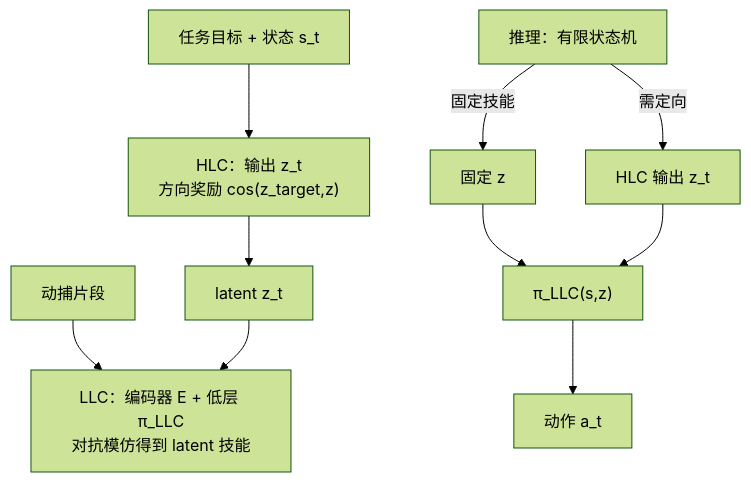
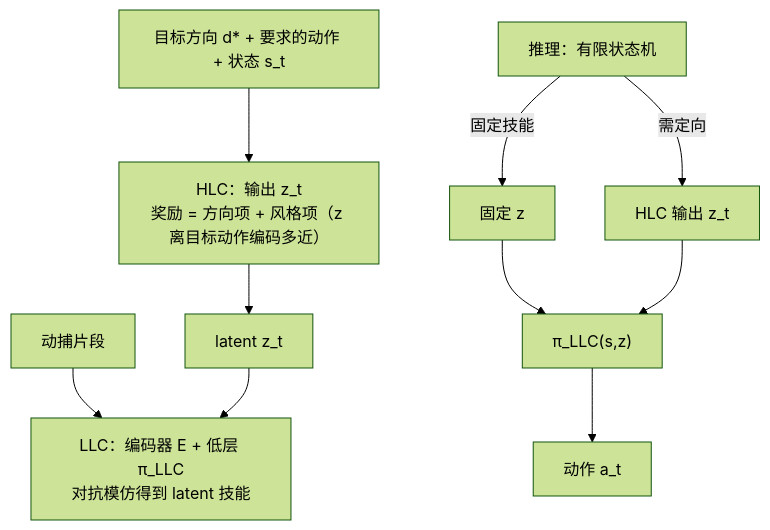
Before and after one commit to ImChong/Robot_Learning_Paper_Notebooks: the second of 8 diagrams in papers/01_Foundational_RL/CALM_Conditional_Adversarial_Latent_Models_for_Directable_Virtual_Characters/CALM_Conditional_Adversarial_Latent_Models_for_Directable_Virtual_Characters.md, drawn with Mermaid (forest theme). The commit also changed other lines of this file and 3 other files, not shown here.

```diff
--- a/papers/01_Foundational_RL/CALM_Conditional_Adversarial_Latent_Models_for_Directable_Virtual_Characters/CALM_Conditional_Adversarial_Latent_Models_for_Directable_Virtual_Characters.md
+++ b/papers/01_Foundational_RL/CALM_Conditional_Adversarial_Latent_Models_for_Directable_Virtual_Characters/CALM_Conditional_Adversarial_Latent_Models_for_Directable_Virtual_Characters.md
@@ -222,12 +220,12 @@
 <div class="mermaid">
 flowchart TB
     MoCap["动捕片段"] --> LLC["LLC：编码器 E + 低层 π_LLC<br/>对抗模仿得到 latent 技能"]
-    Task["任务目标 + 状态 s_t"] --> HLC["HLC：输出 z_t<br/>方向奖励 cos(z_target,z)"]
+    Task["目标方向 d* + 要求的动作 + 状态 s_t"] --> HLC["HLC：输出 z_t<br/>奖励 = 方向项 + 风格项（z 离目标动作编码多近）"]
     HLC --> z["latent z_t"]
     z --> LLC
     FSM["推理：有限状态机"] -->|固定技能| zfix["固定 z"]
     FSM -->|需定向| HLCrun["HLC 输出 z_t"]
     zfix --> pi["π_LLC(s,z)"]
     HLCrun --> pi
     pi --> act["动作 a_t"]
 </div>
```
